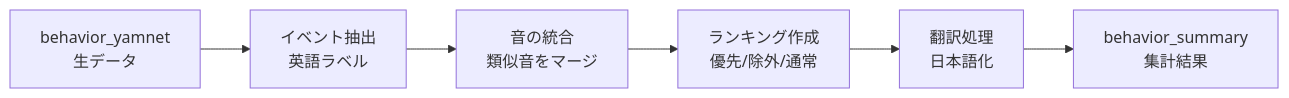
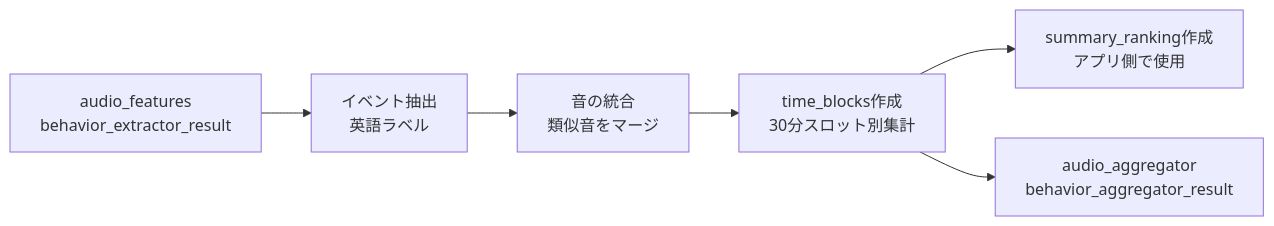
The diagram in README.md (hey-watchme/api-behavior-analysis-aggregator), drawn with Mermaid before and after one commit. The commit also changed other lines of this file and 1 other file, not shown here.

First line of the commit message:
refactor: migrate from behavior_yamnet/behavior_summary to audio_features/audio_aggregator

````diff
--- a/README.md
+++ b/README.md
@@ -71,8 +71,8 @@
 ```mermaid
 graph LR
-    A[behavior_yamnet<br/>生データ] --> B[イベント抽出<br/>英語ラベル]
+    A[audio_features<br/>behavior_extractor_result] --> B[イベント抽出<br/>英語ラベル]
     B --> C[音の統合<br/>類似音をマージ]
-    C --> D[ランキング作成<br/>優先/除外/通常]
-    D --> E[翻訳処理<br/>日本語化]
-    E --> F[behavior_summary<br/>集計結果]
+    C --> D[time_blocks作成<br/>30分スロット別集計]
+    D --> E[summary_ranking作成<br/>アプリ側で使用]
+    D --> F[audio_aggregator<br/>behavior_aggregator_result]
 ```
````
